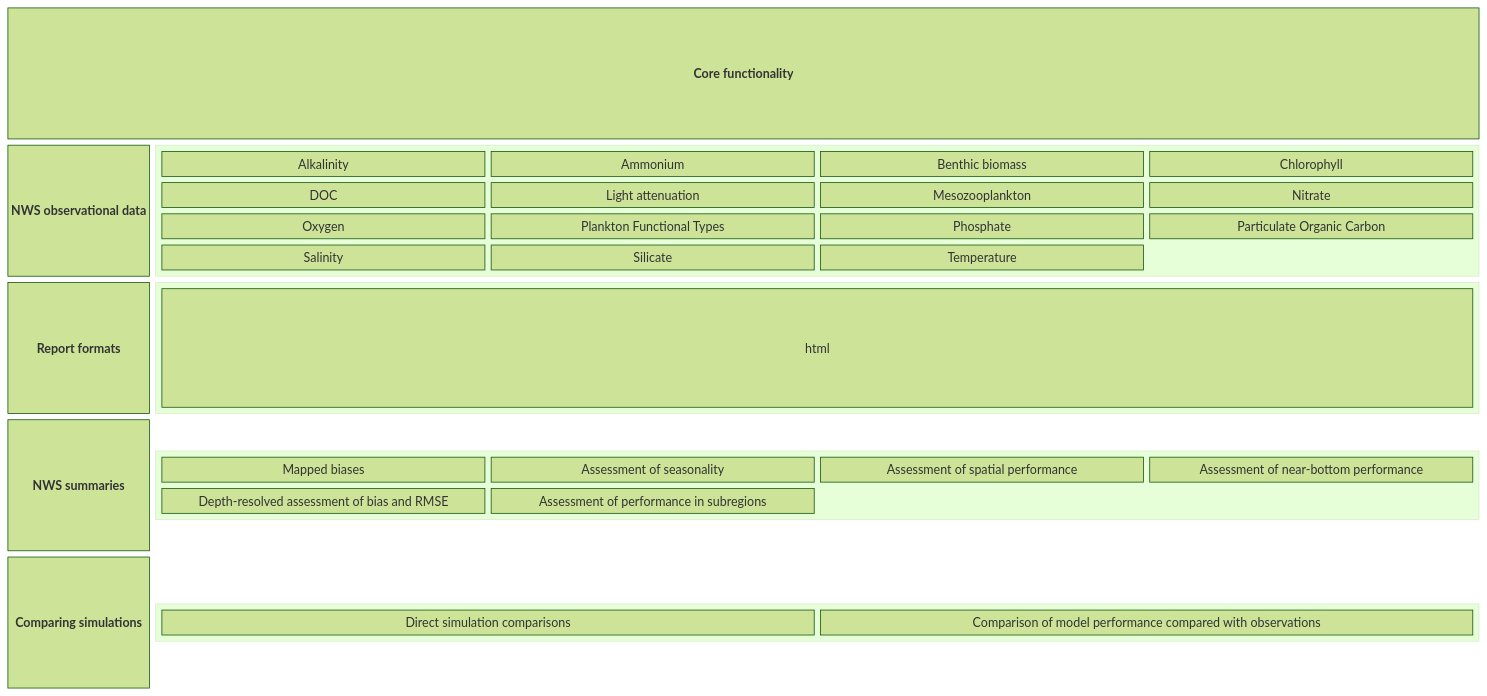
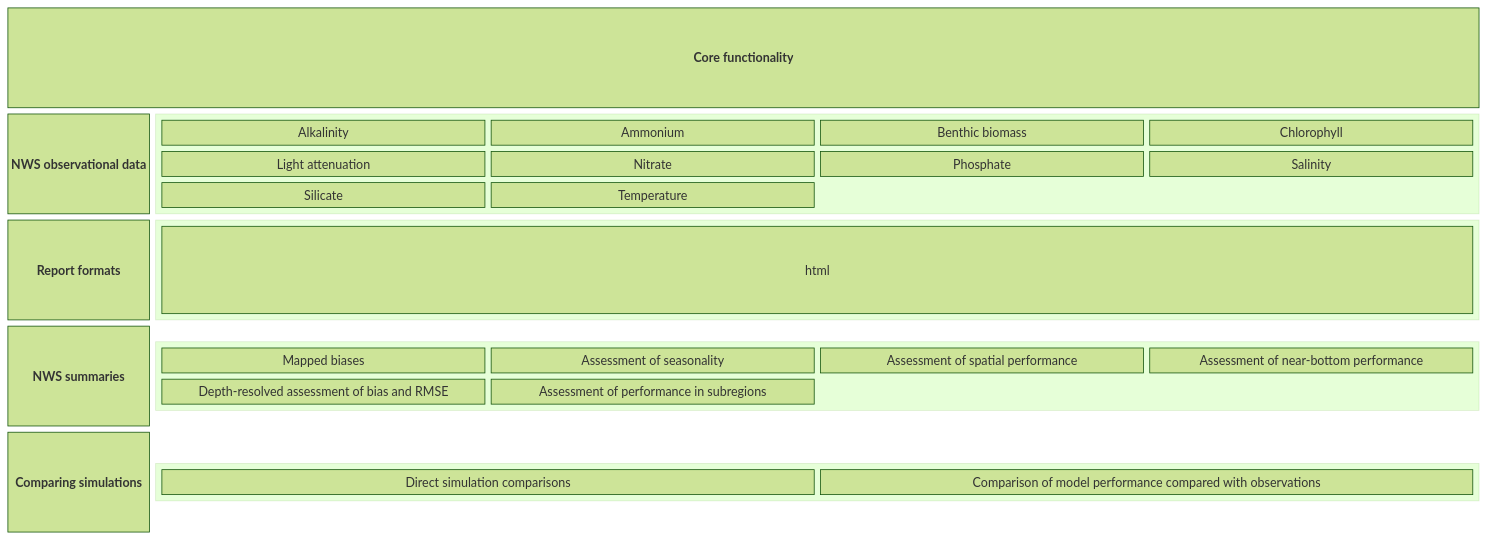
One commit to pmlmodelling/oceanVal changed the diagram in README.md. Above: the diagram before and after it, drawn with Mermaid (forest theme). The commit also changed other lines of this file, not shown here.

Commit message:
remove deleted variables

````diff
--- a/README.md
+++ b/README.md
@@ -18,28 +18,28 @@
 ```mermaid 
 
 
 block-beta
   columns 10 
   a["<b>Core functionality"]:10
   b["<b>NWS observational data"]
   block:group2:9
     columns 4 
-    c["Alkalinity"] d["Ammonium"] e["Benthic biomass"] f["Chlorophyll"] g["DOC"] h["Light attenuation"]  i["Mesozooplankton"] j["Nitrate"] k["Oxygen"] l["Plankton Functional Types"] m["Phosphate"] n["Particulate Organic Carbon"] o["Salinity"] p["Silicate"] q["Temperature"] 
+    c["Alkalinity"] d["Ammonium"] e["Benthic biomass"] f["Chlorophyll"] g["Light attenuation"]  h["Nitrate"] i["Oxygen"] i["Phosphate"] j["Salinity"] k["Silicate"] l["Temperature"] 
   end
    ae["<b>Report formats"]
     block:group4:9
     columns 1
     af["html"]
    end
    al["<b>NWS summaries"]
     block:group6:9
     columns 4
     am["Mapped biases"] an["Assessment of seasonality"] ao["Assessment of spatial performance"] ap["Assessment of near-bottom performance"] aq["Depth-resolved assessment of bias and RMSE"] ar["Assessment of performance in subregions"]
    end
    as["<b>Comparing simulations"]
     block:group7:9
     columns 4
     at["Direct simulation comparisons"] au["Comparison of model performance compared with observations"] 
    end
 
 ```
````
